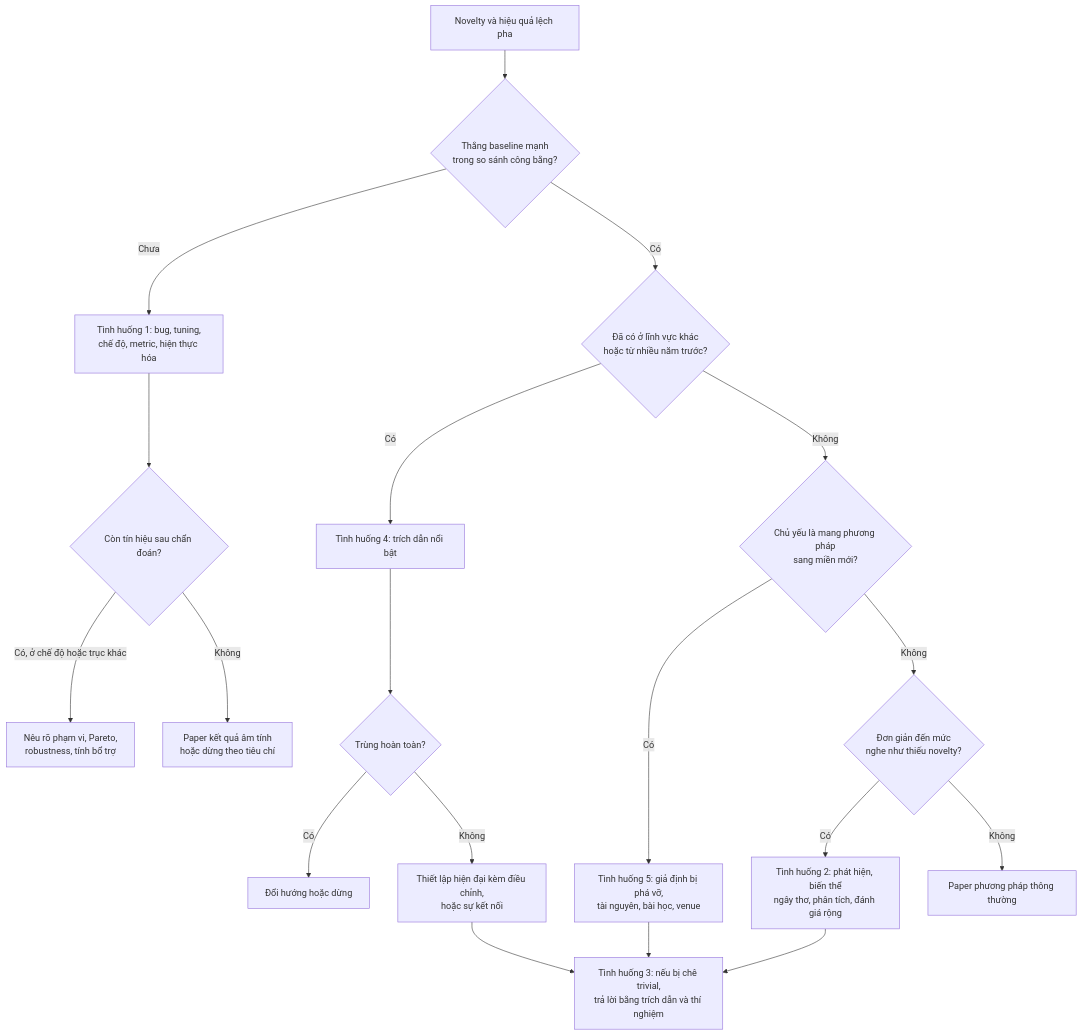
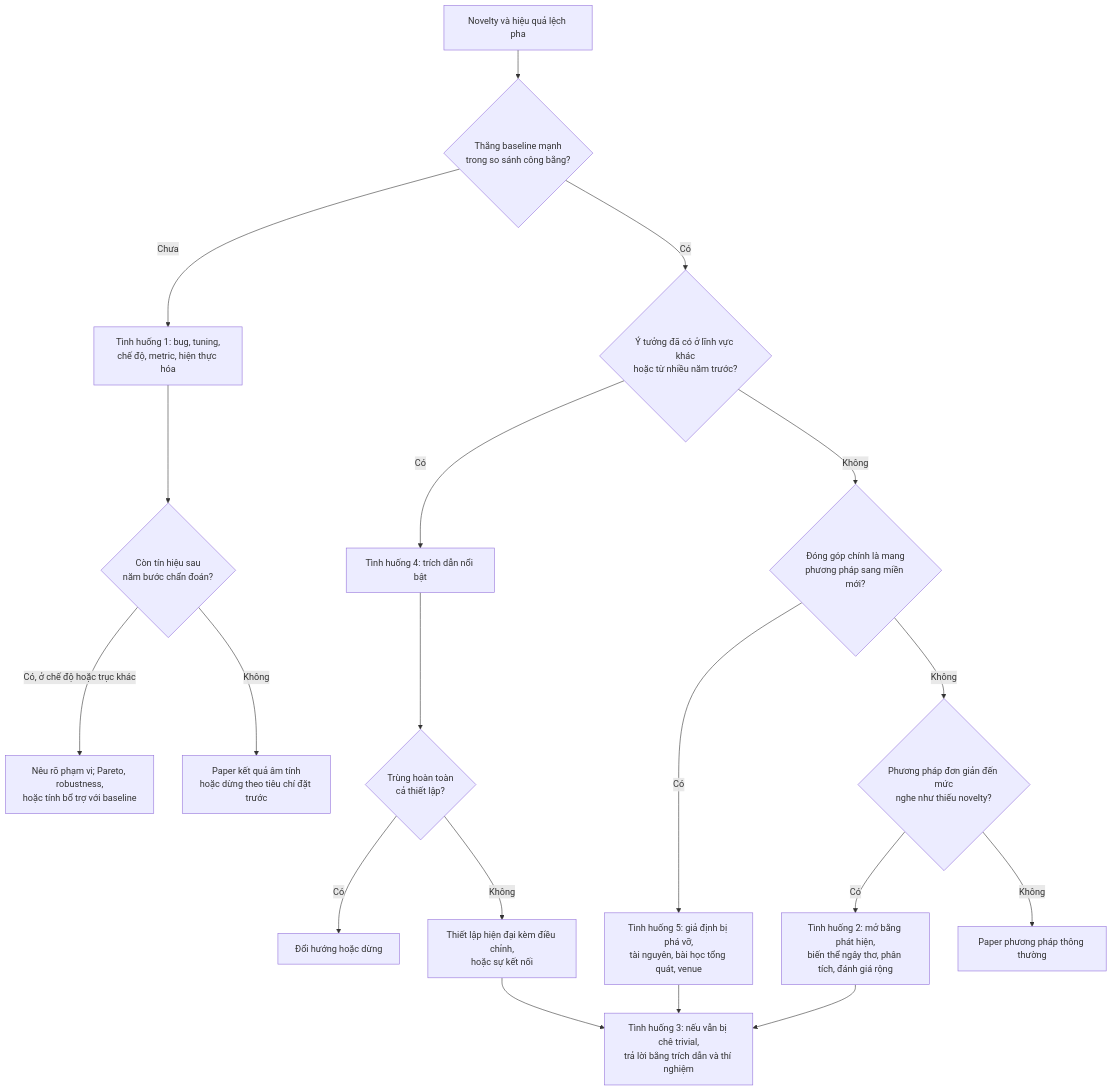
One commit to tuandung222/How-to-write-Astar-Paper changed the diagram in docs/08-tinh-huong-kho/novelty-va-hieu-qua.md. Above: the diagram before and after it, drawn with Mermaid. The commit also changed other lines of this file and 1 other file, not shown here.

````diff
--- a/docs/08-tinh-huong-kho/novelty-va-hieu-qua.md
+++ b/docs/08-tinh-huong-kho/novelty-va-hieu-qua.md
@@ -303,21 +407,21 @@
 ```mermaid
 flowchart TD
     A["Novelty và hiệu quả lệch pha"] --> B{"Thắng baseline mạnh<br/>trong so sánh công bằng?"}
     B -->|"Chưa"| C["Tình huống 1: bug, tuning,<br/>chế độ, metric, hiện thực hóa"]
-    C --> D{"Còn tín hiệu sau chẩn đoán?"}
-    D -->|"Có, ở chế độ hoặc trục khác"| E["Nêu rõ phạm vi, Pareto,<br/>robustness, tính bổ trợ"]
-    D -->|"Không"| F["Paper kết quả âm tính<br/>hoặc dừng theo tiêu chí"]
-    B -->|"Có"| G{"Đã có ở lĩnh vực khác<br/>hoặc từ nhiều năm trước?"}
+    C --> D{"Còn tín hiệu sau<br/>năm bước chẩn đoán?"}
+    D -->|"Có, ở chế độ hoặc trục khác"| E["Nêu rõ phạm vi; Pareto, robustness,<br/>hoặc tính bổ trợ với baseline"]
+    D -->|"Không"| F["Paper kết quả âm tính<br/>hoặc dừng theo tiêu chí đặt trước"]
+    B -->|"Có"| G{"Ý tưởng đã có ở lĩnh vực khác<br/>hoặc từ nhiều năm trước?"}
     G -->|"Có"| H["Tình huống 4: trích dẫn nổi bật"]
-    H --> I{"Trùng hoàn toàn?"}
+    H --> I{"Trùng hoàn toàn<br/>cả thiết lập?"}
     I -->|"Có"| J["Đổi hướng hoặc dừng"]
     I -->|"Không"| K["Thiết lập hiện đại kèm điều chỉnh,<br/>hoặc sự kết nối"]
-    G -->|"Không"| L{"Chủ yếu là mang phương pháp<br/>sang miền mới?"}
-    L -->|"Có"| M["Tình huống 5: giả định bị phá vỡ,<br/>tài nguyên, bài học, venue"]
-    L -->|"Không"| N{"Đơn giản đến mức<br/>nghe như thiếu novelty?"}
-    N -->|"Có"| O["Tình huống 2: phát hiện, biến thể<br/>ngây thơ, phân tích, đánh giá rộng"]
+    G -->|"Không"| L{"Đóng góp chính là mang<br/>phương pháp sang miền mới?"}
+    L -->|"Có"| M["Tình huống 5: giả định bị phá vỡ,<br/>tài nguyên, bài học tổng quát, venue"]
+    L -->|"Không"| N{"Phương pháp đơn giản đến mức<br/>nghe như thiếu novelty?"}
+    N -->|"Có"| O["Tình huống 2: mở bằng phát hiện,<br/>biến thể ngây thơ, phân tích, đánh giá rộng"]
     N -->|"Không"| P["Paper phương pháp thông thường"]
-    O --> Q["Tình huống 3: nếu bị chê trivial,<br/>trả lời bằng trích dẫn và thí nghiệm"]
+    O --> Q["Tình huống 3: nếu vẫn bị chê trivial,<br/>trả lời bằng trích dẫn và thí nghiệm"]
     M --> Q
     K --> Q
 ```
````
